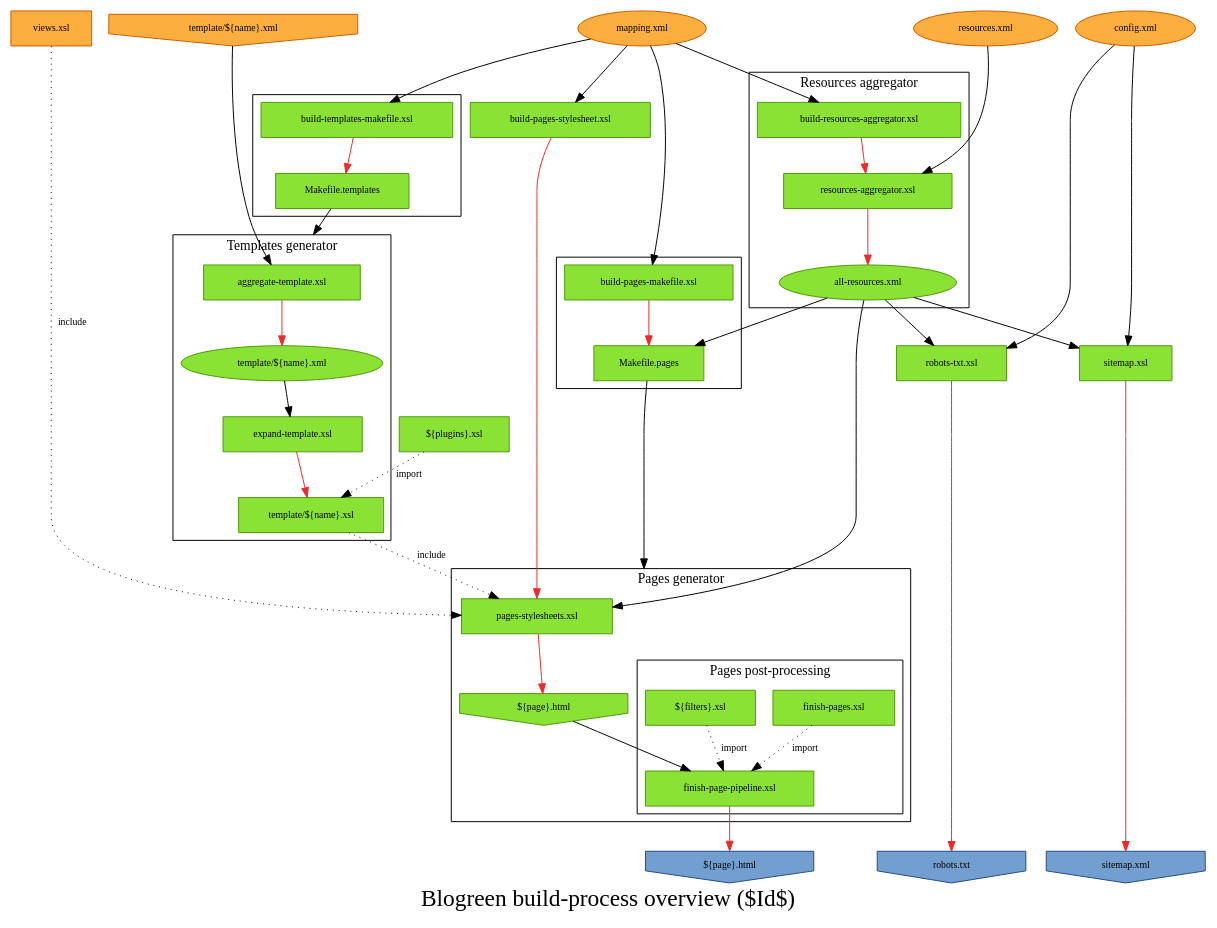
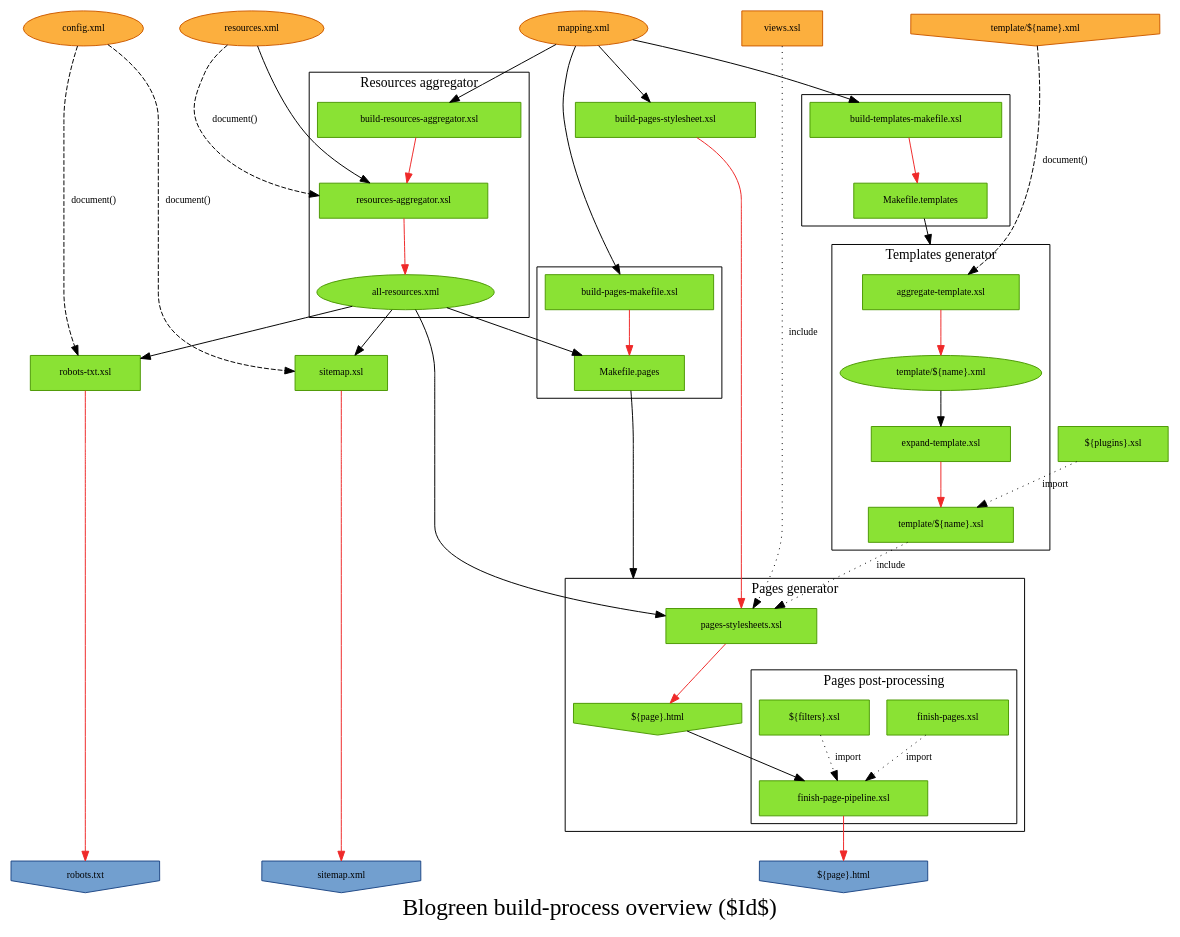
Before and after one commit to smortex/blogreen: the diagram in doc/blogreen.dot, drawn with Graphviz.

Commit message:
Document XPATH document() calls in the overview graph.

```diff
--- a/doc/blogreen.dot
+++ b/doc/blogreen.dot
@@ -1,126 +1,127 @@
 /*
  * Describe the global process of generating pages.
  */
 digraph Blogreen {
     compound=true;
     fontname=inconsolata;
     fontsize=14;
     node[fontname=inconsolata, fontsize=10, margin=".2, .1", style=filled, fillcolor="#8ae234", color="#4e9a06"];
     edge[fontname=inconsolata, fontsize=10];
 
     node[shape=box]
 
     {
 	rank=same;
 	res		[label="resources.xml", shape=ellipse, fillcolor="#fcaf3e", color="#ce5c00", URL="http://blogreen.org/TR/Resources", tooltip="Resources Namespace"];
 	map		[label="mapping.xml",   shape=ellipse, fillcolor="#fcaf3e", color="#ce5c00", URL="http://blogreen.org/TR/Mapping",   tooltip="Mapping Namespace"];
 	config	[label="config.xml",    shape=ellipse, fillcolor="#fcaf3e", color="#ce5c00", URL="http://blogreen.org/TR/Config",    tooltip="Config Namespace"];
 	views	[label="views.xsl",			fillcolor="#fcaf3e", color="#ce5c00"];
 	srctmplxml		[label="template/${name}.xml", shape=invhouse, fillcolor="#fcaf3e", color="#ce5c00"];
     }
 
     subgraph clusterPagesMakefile {
 	bpm		[label="build-pages-makefile.xsl"];
 	pm		[label="Makefile.pages"];
     }
 
     bps		[label="build-pages-stylesheet.xsl"];
 
     subgraph clusterTemplatesMakefile {
 	btm		[label="build-templates-makefile.xsl"];
 	tm		[label="Makefile.templates"];
     }
 
 
     subgraph clusterTemplates {
 	label = "Templates generator";
 	shape=box;
 	objtmplxml	[label="template/${name}.xml", shape=ellipse];
 	objtmplxsl	[label="template/${name}.xsl"];
 
 	at		[label="aggregate-template.xsl"];
 	et		[label="expand-template.xsl"];
 
 	at -> objtmplxml [color="#ef2929"];
 	objtmplxml -> et;
 	et -> objtmplxsl [color="#ef2929"];
     }
-    srctmplxml -> at;
+    srctmplxml -> at [label="document()", style=dashed];
 
     plugins		[label="${plugins}.xsl"];
     plugins -> objtmplxsl [label=import, style=dotted];
 
     subgraph clusterResources {
 	ra		[label="resources-aggregator.xsl"];
 	bra		[label="build-resources-aggregator.xsl"];
 	allres		[label="all-resources.xml", shape=ellipse];
 
 	label = "Resources aggregator";
     }
 
     subgraph clusterPages {
 	ps		[label="pages-stylesheets.xsl"];
 	index		[label="${page}.html", shape=invhouse];
 
 	subgraph clusterFo {
 	    fp			[label="finish-pages.xsl"];
 	    filters		[label="${filters}.xsl"];
 	    fpp			[label="finish-page-pipeline.xsl"];
 
 	    { fp; filters } -> fpp [label="import", style=dotted];
 
 	    label = "Pages post-processing";
 	}
 
 	index -> fpp;
 
 	label = "Pages generator";
     }
 
 
     tm -> at [lhead=clusterTemplates];
 
     map -> bra;
     res -> ra;
+    res -> ra [label="document()", style=dashed];
 
     map -> bps;
     allres -> ps;
     {views; objtmplxsl} -> ps [label=include, style=dotted];
 
     map -> bpm;
     allres -> pm;
 
     map -> btm;
 
     pm -> index [lhead=clusterPages];
 
     rs	[label="robots-txt.xsl"];
     r	[label="robots.txt", shape=invhouse, fillcolor="#729fcf", color="#204a87"];
     ss	[label="sitemap.xsl"];
     s	[label="sitemap.xml", shape=invhouse, fillcolor="#729fcf", color="#204a87"];
-    config -> rs;
+    config -> rs [label="document()", style=dashed];
     allres -> rs;
-    config -> ss;
+    config -> ss [label="document()", style=dashed];
     allres -> ss;
 
     {
 	edge[color="#ef2929"];
 	bra -> ra -> allres;
 	bps -> ps -> index;
 	bpm -> pm;
 	btm -> tm;
 	fpp -> pindex;
 	rs -> r;
 	ss -> s;
     }
 
     {
 	rank=same;
 	s;
 	r;
 	pindex		[label="${page}.html", shape=invhouse, fillcolor="#729fcf", color="#204a87"];
     }
 
     fontsize=24;
     label="Blogreen build-process overview ($Id$)";
 }
```
